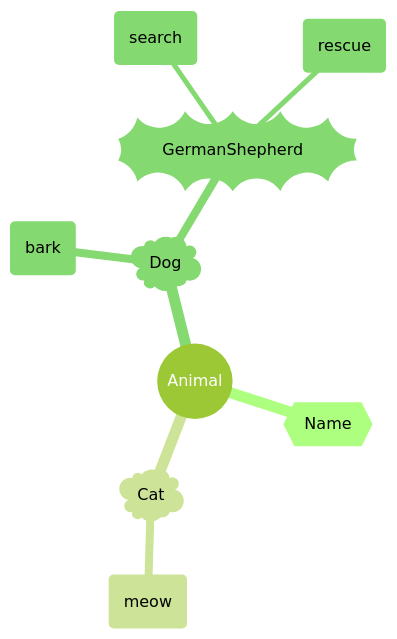
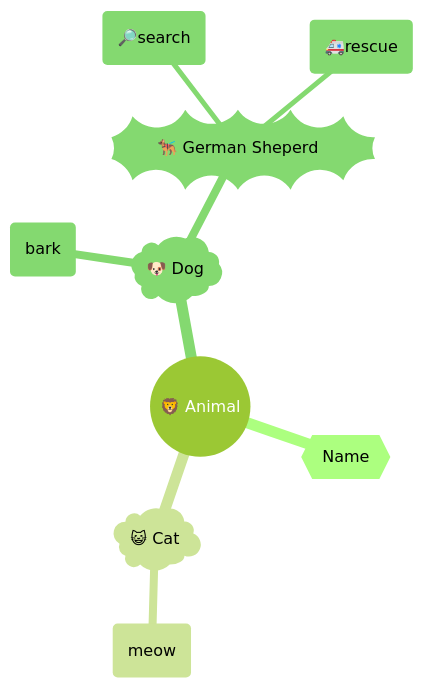
Before and after one commit to aruncs31s/aruncs31s-notes-vercel: the second of 3 diagrams in src/site/notes/03 Coding/Python/Object Oriented Programming Python.md, drawn with Mermaid (forest theme). The commit also changed other lines of this file, not shown here.

Commit message:
Update content src/site/notes/03 Coding/Python/Object Oriented Programming Python.md

````diff
--- a/src/site/notes/03 Coding/Python/Object Oriented Programming Python.md
+++ b/src/site/notes/03 Coding/Python/Object Oriented Programming Python.md
@@ -232,13 +232,13 @@
 ```mermaid
 mindmap
-	root((Animal))
+	root((🦁 Animal))
 		{{Name}}
-		)Cat(
+		)😺 Cat(
 			(meow)
-		)Dog(
+		)🐶 Dog(
 			(bark)
-			))GermanShepherd((
-				(search)
-				(rescue)
+			))🐕‍🦺 German Sheperd((
+				(🔎search)
+				(🚑rescue)
     
 ```
````
